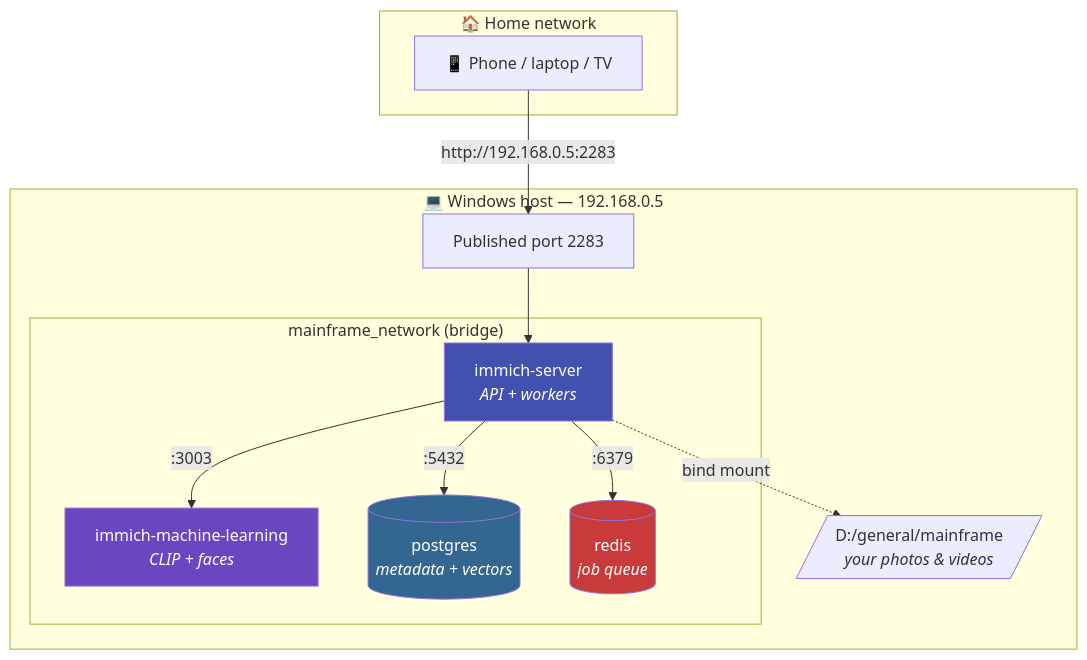
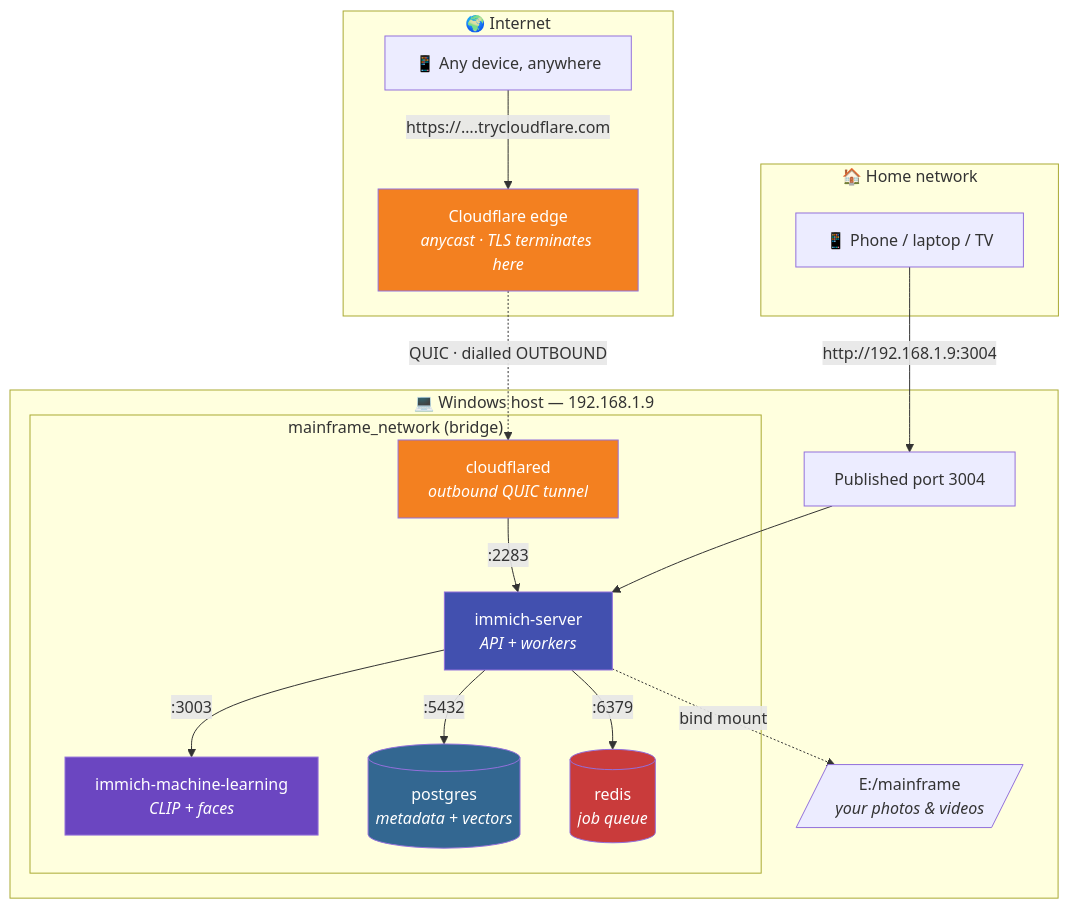
The diagram in README.md (sami999khan999/mainframe), drawn with Mermaid before and after one commit. The commit also changed other lines of this file and 2 other files, not shown here.

First line of the commit message:
feat: serve Immich over a Cloudflare tunnel, remap host port to 3004

````diff
--- a/README.md
+++ b/README.md
@@ -48,31 +57,44 @@
 ```mermaid
 flowchart TB
+    subgraph net_internet["🌍 Internet"]
+        remote["📱 Any device, anywhere"]
+        edge["Cloudflare edge<br/><i>anycast · TLS terminates here</i>"]
+    end
+
     subgraph lan["🏠 Home network"]
         phone["📱 Phone / laptop / TV"]
     end
 
-    subgraph host["💻 Windows host — 192.168.0.5"]
-        port["Published port 2283"]
+    subgraph host["💻 Windows host — 192.168.1.9"]
+        port["Published port 3004"]
 
         subgraph net["mainframe_network (bridge)"]
             server["immich-server<br/><i>API + workers</i>"]
+            cf["cloudflared<br/><i>outbound QUIC tunnel</i>"]
             ml["immich-machine-learning<br/><i>CLIP + faces</i>"]
             pg[("postgres<br/><i>metadata + vectors</i>")]
             redis[("redis<br/><i>job queue</i>")]
         end
 
-        media[/"D:/general/mainframe<br/><i>your photos & videos</i>"/]
+        media[/"E:/mainframe<br/><i>your photos & videos</i>"/]
     end
 
-    phone -->|"http://192.168.0.5:2283"| port
+    remote -->|"https://….trycloudflare.com"| edge
+    edge -.->|"QUIC · dialled OUTBOUND"| cf
+    cf -->|":2283"| server
+
+    phone -->|"http://192.168.1.9:3004"| port
     port --> server
+
     server -->|":3003"| ml
     server -->|":5432"| pg
     server -->|":6379"| redis
     server -.->|"bind mount"| media
 
     style server fill:#4250af,color:#fff
     style pg fill:#336791,color:#fff
     style redis fill:#c93b3b,color:#fff
     style ml fill:#6b46c1,color:#fff
+    style cf fill:#f38020,color:#fff
+    style edge fill:#f38020,color:#fff
 ```
````
